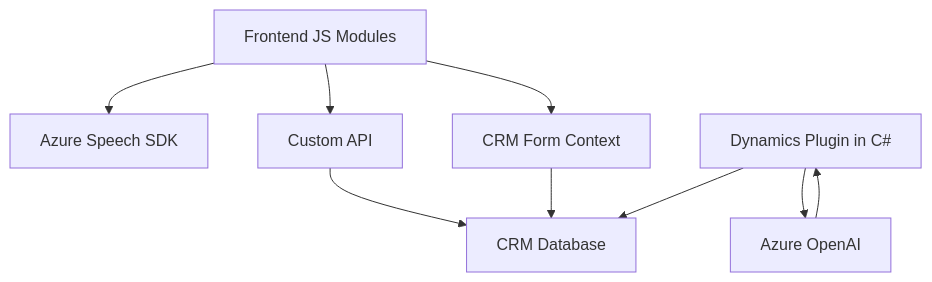
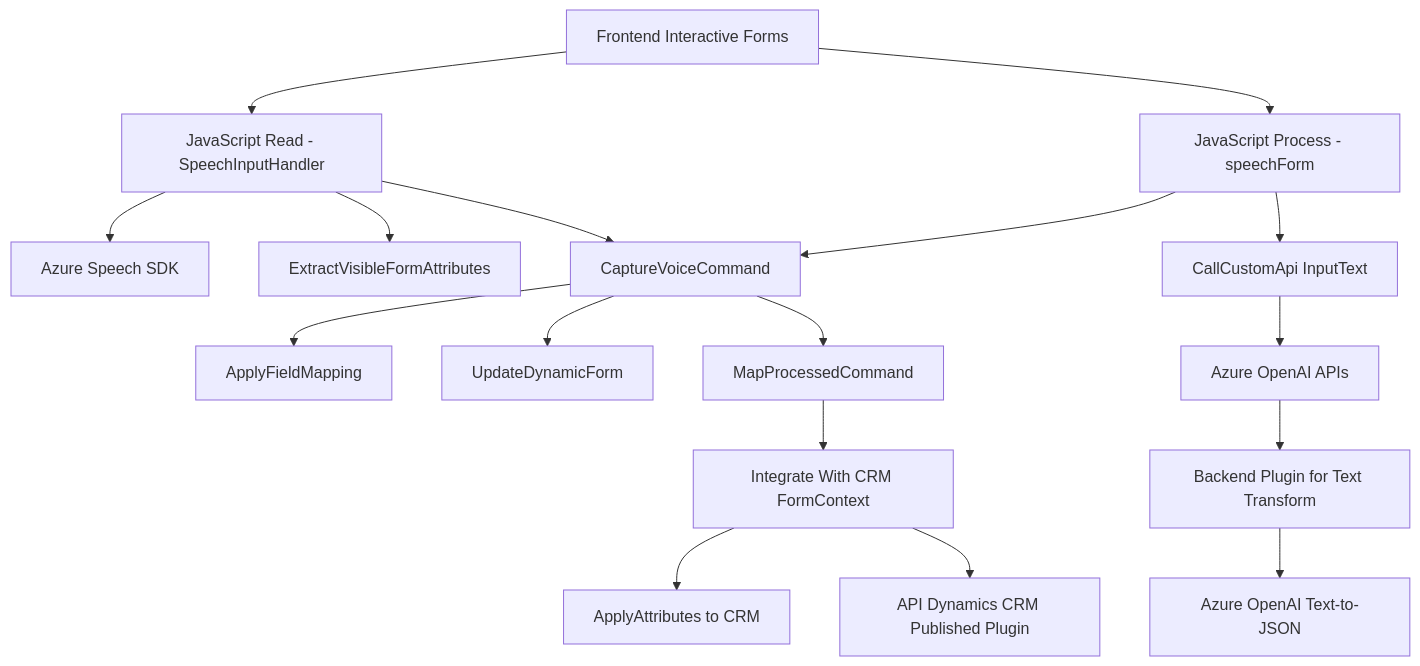
The diagram in README.md (blopezdm/NETCORE_BILBAO2025), drawn with Mermaid before and after one commit. The commit also changed other lines of this file, not shown here.

````diff
--- a/README.md
+++ b/README.md
@@ -47,19 +52,27 @@
 ```mermaid
 graph TD
-    A["Frontend JS Modules"]
-    B["Azure Speech SDK"]
-    C["CRM Form Context"]
-    D["Custom API"]
-    E["Dynamics Plugin in C#"]
-    F["Azure OpenAI"]
-    G["CRM Database"]
-
-    A --> B
-    A --> C
-    A --> D
-    D --> G
-    C --> G
-    E --> F
-    E --> G
-    F --> E
+  A["Frontend Interactive Forms"]
+  A --> B["JavaScript Read - SpeechInputHandler"]
+  A --> C["JavaScript Process - speechForm"]
+  
+  B --> D["Azure Speech SDK"]
+  B --> E["ExtractVisibleFormAttributes"]
+  
+  C --> F["CaptureVoiceCommand"]
+  C --> G["CallCustomApi InputText"]
+  
+  F --> H["ApplyFieldMapping"]
+  F --> I["UpdateDynamicForm"]
+  
+  G --> J["Azure OpenAI APIs"]
+  
+  B --> F
+  F --> K["MapProcessedCommand"]
+  K --> L["Integrate With CRM FormContext"]
+  
+  L --> M["ApplyAttributes to CRM"]
+  L --> N["API Dynamics CRM Published Plugin"]
+  
+  J --> O["Backend Plugin for Text Transform"]
+  O --> P["Azure OpenAI Text-to-JSON"]
 ```
````
